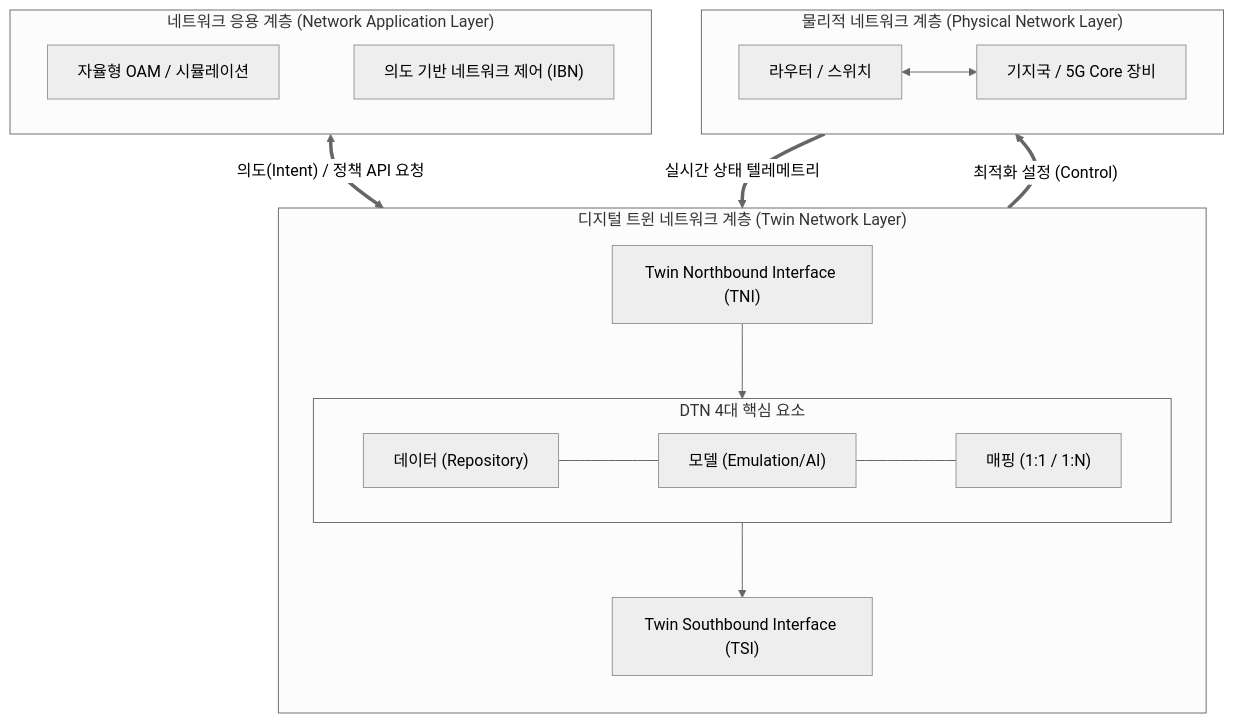
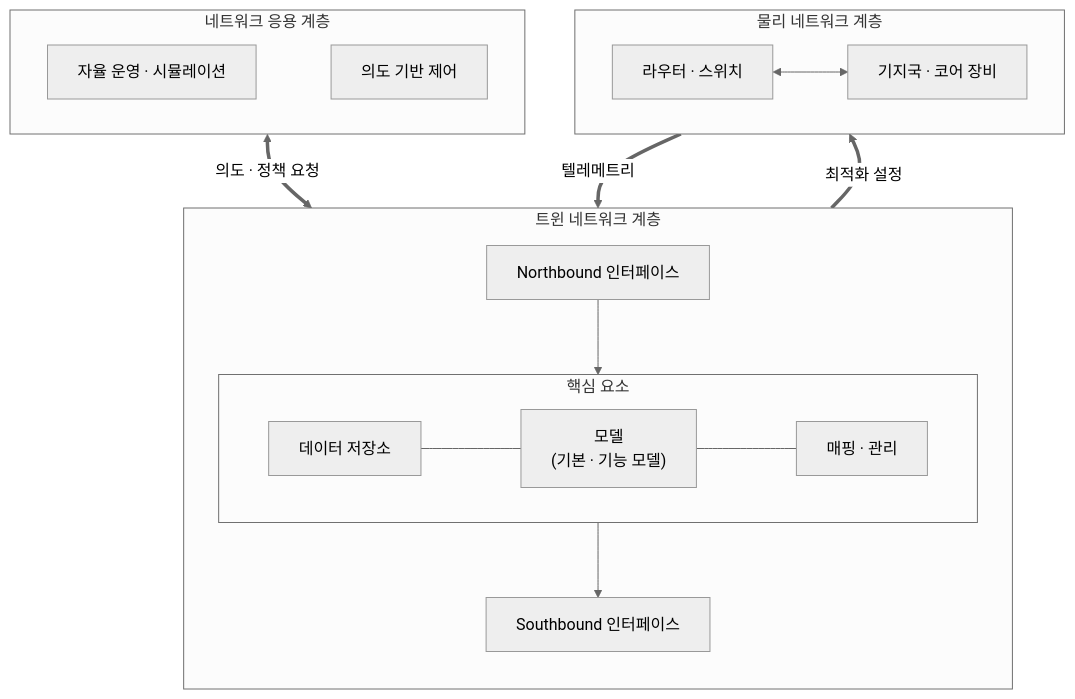
Before and after one commit to supremethumb/supremethumb.github.io: the diagram in content/01_IT Tech/디지털 트윈 네트워크.md, drawn with Mermaid (neutral theme). The commit also changed other lines of this file and 1087 other files, not shown here.

````diff
--- a/content/01_IT Tech/디지털 트윈 네트워크.md
+++ b/content/01_IT Tech/디지털 트윈 네트워크.md
@@ -29,35 +36,24 @@
 ```mermaid
 flowchart TB
-    subgraph AppLayer ["네트워크 응용 계층 (Network Application Layer)"]
+    subgraph APP["네트워크 응용 계층"]
         direction LR
-        OAM["자율형 OAM / 시뮬레이션"]
-        IBN["의도 기반 네트워크 제어 (IBN)"]
-        OAM ~~~ IBN
+        OAM["자율 운영 · 시뮬레이션"] ~~~ IBN["의도 기반 제어"]
     end
-
-    subgraph TwinLayer ["디지털 트윈 네트워크 계층 (Twin Network Layer)"]
+    subgraph TWIN["트윈 네트워크 계층"]
         direction TB
-        NBI["Twin Northbound Interface (TNI)"]
-        
-        subgraph Core ["DTN 4대 핵심 요소"]
+        NBI["Northbound 인터페이스"]
+        subgraph CORE["핵심 요소"]
             direction LR
-            Data["데이터 (Repository)"] --- Model["모델 (Emulation/AI)"]
-            Model --- Mapping["매핑 (1:1 / 1:N)"]
+            D["데이터 저장소"] --- M["모델<br/>(기본 · 기능 모델)"] --- MAP["매핑 · 관리"]
         end
-        
-        SBI["Twin Southbound Interface (TSI)"]
-        
-        NBI --> Core
-        Core --> SBI
+        SBI["Southbound 인터페이스"]
+        NBI --> CORE --> SBI
     end
-
-    subgraph PhysicalLayer ["물리적 네트워크 계층 (Physical Network Layer)"]
+    subgraph PHY["물리 네트워크 계층"]
         direction LR
-        NE1["라우터 / 스위치"] <--> NE2["기지국 / 5G Core 장비"]
+        NE1["라우터 · 스위치"] <--> NE2["기지국 · 코어 장비"]
     end
-
-    AppLayer <== "의도(Intent) / 정책 API 요청" ==> NBI
-    SBI ==>|"최적화 설정 (Control)"| PhysicalLayer
-    PhysicalLayer ==>|"실시간 상태 텔레메트리"| SBI
-
+    APP <== "의도 · 정책 요청" ==> NBI
+    SBI == "최적화 설정" ==> PHY
+    PHY == "텔레메트리" ==> SBI
 ```
````
